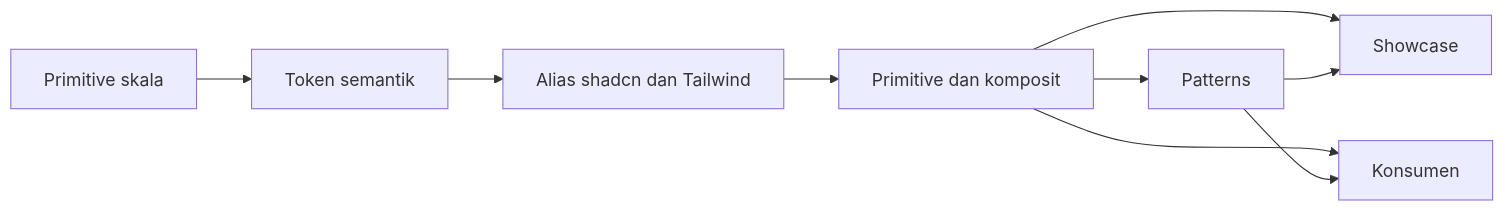
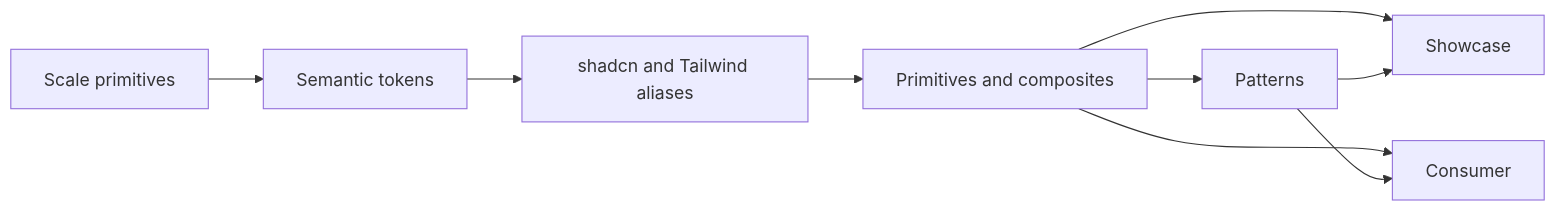
One commit to bpsprovkaltara/design-system changed the second of 3 diagrams in docs/architecture.md. Above: the diagram before and after it, drawn with Mermaid. The commit also changed other lines of this file and 10 other files, not shown here.

````diff
--- a/docs/architecture.md
+++ b/docs/architecture.md
@@ -41,11 +41,11 @@
 ```mermaid
 flowchart LR
-  A[Primitive skala] --> B[Token semantik]
-  B --> C[Alias shadcn dan Tailwind]
-  C --> UI[Primitive dan komposit]
+  A[Scale primitives] --> B[Semantic tokens]
+  B --> C[shadcn and Tailwind aliases]
+  C --> UI[Primitives and composites]
   UI --> P[Patterns]
   UI --> S[Showcase]
   P --> S
-  UI --> App[Konsumen]
+  UI --> App[Consumer]
   P --> App
 ```
````
